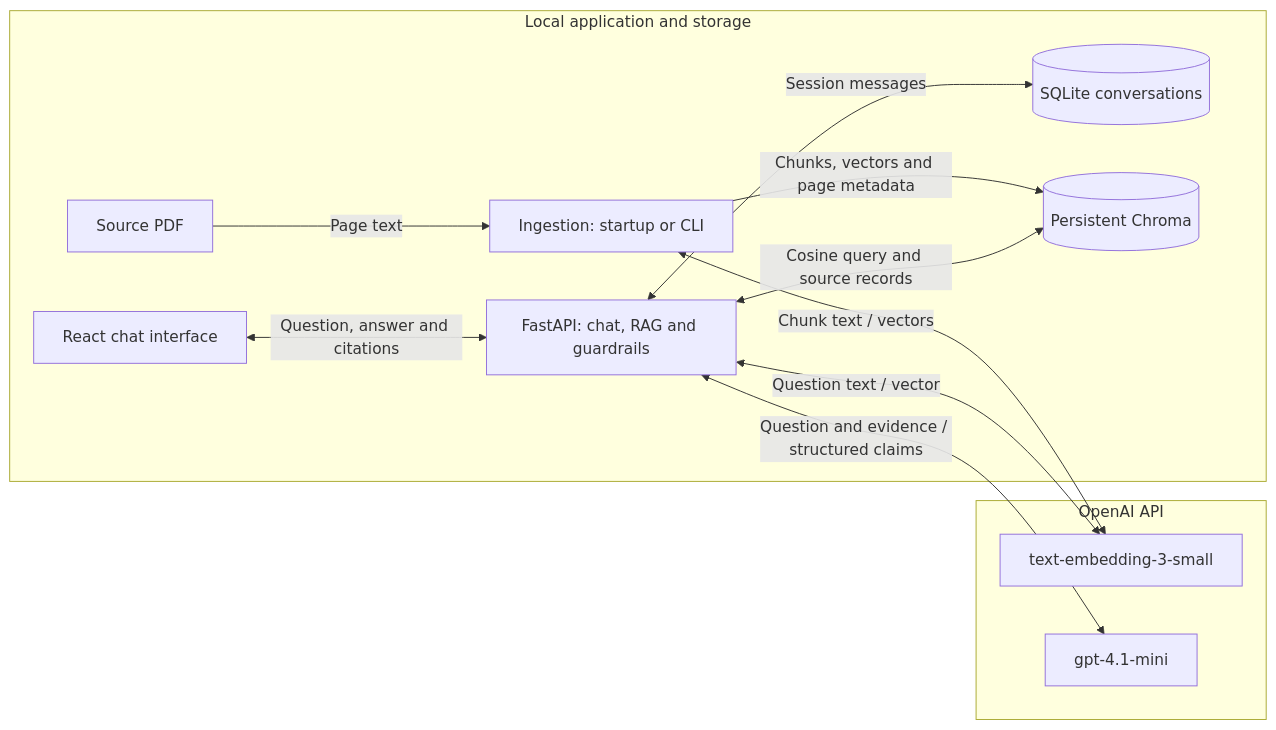
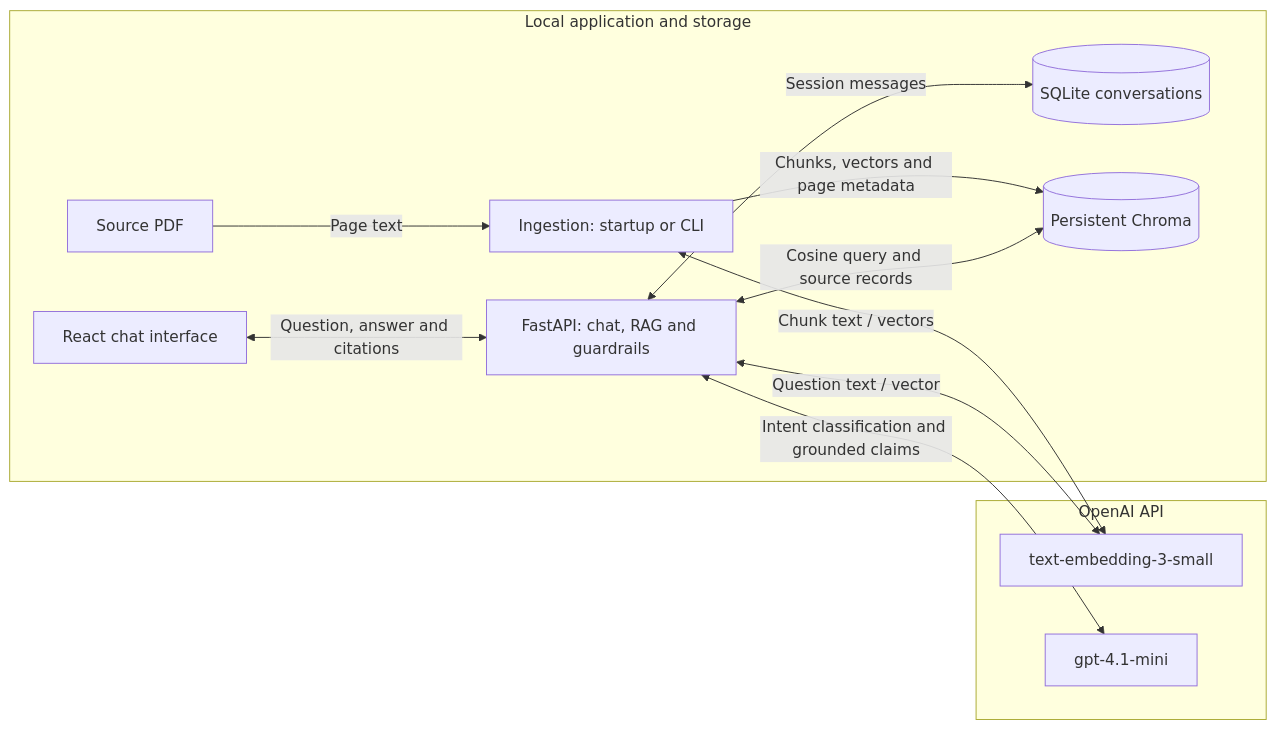
Before and after one commit to zihanzhao94/insure-tutor: the diagram in docs/design-decisions.md, drawn with Mermaid. The commit also changed other lines of this file and 17 other files, not shown here.

Commit message:
feat: classify question intent before RAG retrieval

````diff
--- a/docs/design-decisions.md
+++ b/docs/design-decisions.md
@@ -22,23 +22,23 @@
 ```mermaid
 flowchart LR
     subgraph Local[Local application and storage]
         UI[React chat interface]
         API[FastAPI: chat, RAG and guardrails]
         History[(SQLite conversations)]
         PDF[Source PDF]
         Ingest[Ingestion: startup or CLI]
         Store[(Persistent Chroma)]
         UI <-->|Question, answer and citations| API
         API <-->|Session messages| History
         PDF -->|Page text| Ingest
         Ingest -->|Chunks, vectors and page metadata| Store
         API <-->|Cosine query and source records| Store
     end
     subgraph External[OpenAI API]
         Embedding[text-embedding-3-small]
         Chat[gpt-4.1-mini]
     end
     Ingest <-->|Chunk text / vectors| Embedding
     API <-->|Question text / vector| Embedding
-    API <-->|Question and evidence / structured claims| Chat
+    API <-->|Intent classification and grounded claims| Chat
 ```
````
